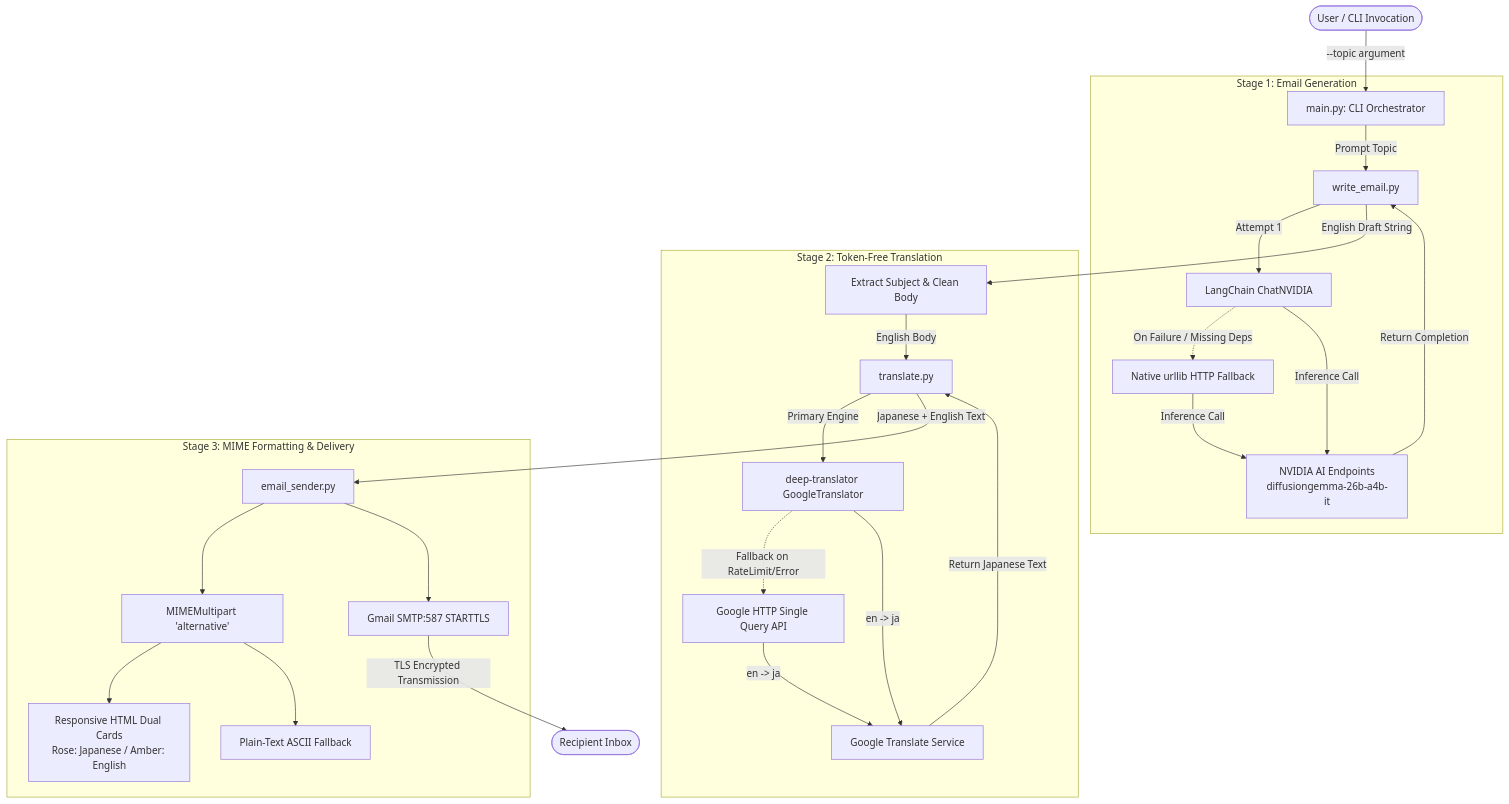
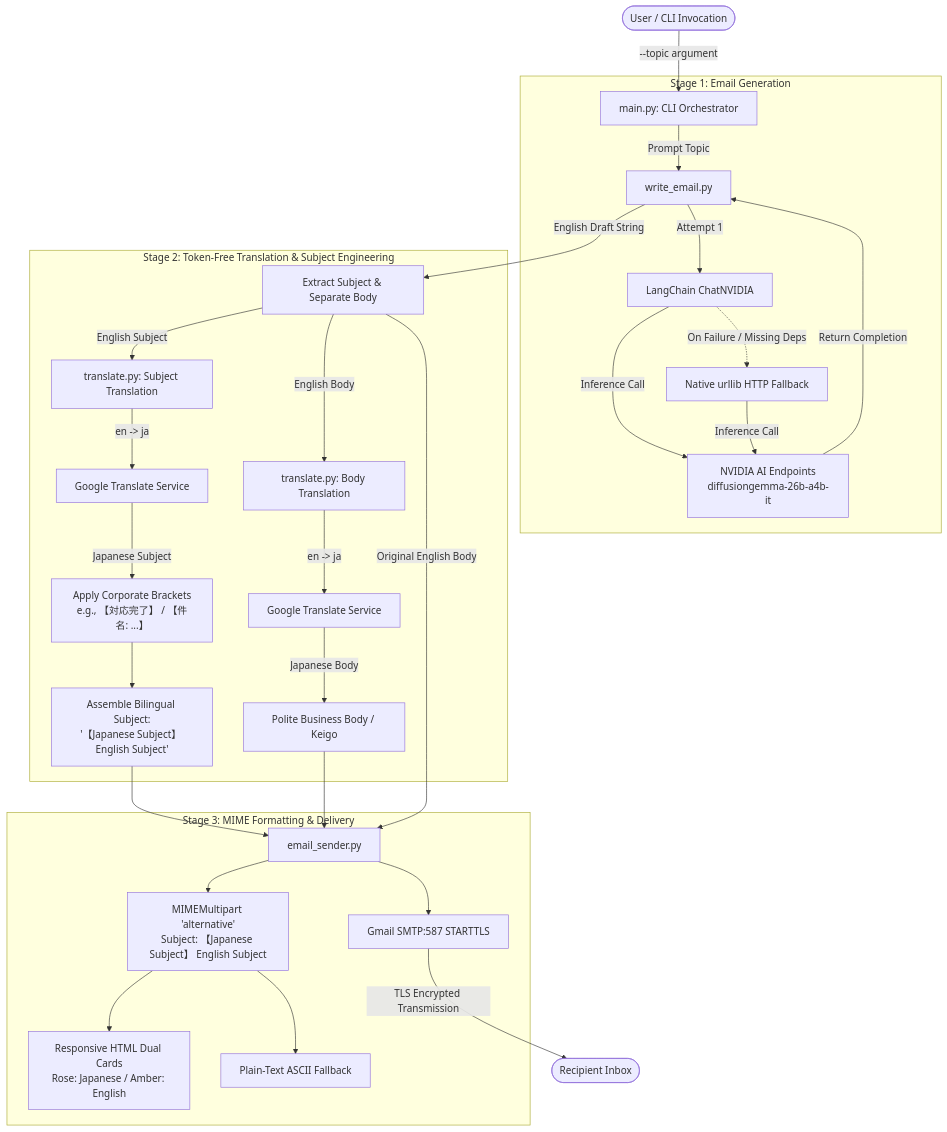
One commit to vkhere/college-minor-project-01 changed the diagram in WALKTHROUGH.md. Above: the diagram before and after it, drawn with Mermaid. The commit also changed other lines of this file and 4 other files, not shown here.

Commit message:
feat: add Japanese subject line translation (件名) and bilingual dispatch formatting

````diff
--- a/WALKTHROUGH.md
+++ b/WALKTHROUGH.md
@@ -76,34 +82,37 @@
 ```mermaid
 flowchart TD
     User([User / CLI Invocation]) -->|--topic argument| Main[main.py: CLI Orchestrator]
     
     subgraph Stage1 [Stage 1: Email Generation]
         Main -->|Prompt Topic| WE[write_email.py]
         WE -->|Attempt 1| LC[LangChain ChatNVIDIA]
         LC -.->|On Failure / Missing Deps| HTTP[Native urllib HTTP Fallback]
         LC -->|Inference Call| NV[NVIDIA AI Endpoints<br/>diffusiongemma-26b-a4b-it]
         HTTP -->|Inference Call| NV
         NV -->|Return Completion| WE
     end
 
-    WE -->|English Draft String| SubjCheck[Extract Subject & Clean Body]
+    WE -->|English Draft String| SubjSplit[Extract Subject & Separate Body]
     
-    subgraph Stage2 [Stage 2: Token-Free Translation]
-        SubjCheck -->|English Body| TR[translate.py]
-        TR -->|Primary Engine| DT[deep-translator GoogleTranslator]
-        DT -.->|Fallback on RateLimit/Error| GAPI[Google HTTP Single Query API]
-        DT -->|en -> ja| GT[Google Translate Service]
-        GAPI -->|en -> ja| GT
-        GT -->|Return Japanese Text| TR
+    subgraph Stage2 [Stage 2: Token-Free Translation & Subject Engineering]
+        SubjSplit -->|English Body| TRBody[translate.py: Body Translation]
+        SubjSplit -->|English Subject| TRSubj[translate.py: Subject Translation]
+        TRBody -->|en -> ja| GTBody[Google Translate Service]
+        TRSubj -->|en -> ja| GTSubj[Google Translate Service]
+        GTBody -->|Japanese Body| BodyReady[Polite Business Body / Keigo]
+        GTSubj -->|Japanese Subject| BracketFormat["Apply Corporate Brackets<br/>e.g., 【対応完了】 / 【件名: ...】"]
+        BracketFormat --> BiSubj["Assemble Bilingual Subject:<br/>'【Japanese Subject】 English Subject'"]
     end
 
     subgraph Stage3 [Stage 3: MIME Formatting & Delivery]
-        TR -->|Japanese + English Text| ES[email_sender.py]
-        ES --> MIME[MIMEMultipart 'alternative']
+        BiSubj --> ES[email_sender.py]
+        BodyReady --> ES
+        SubjSplit -->|Original English Body| ES
+        ES --> MIME[MIMEMultipart 'alternative'<br/>Subject: 【Japanese Subject】 English Subject]
         MIME --> HTML[Responsive HTML Dual Cards<br/>Rose: Japanese / Amber: English]
         MIME --> PLAIN[Plain-Text ASCII Fallback]
         ES --> SMTP[Gmail SMTP:587 STARTTLS]
     end
 
     SMTP -->|TLS Encrypted Transmission| Inbox([Recipient Inbox])
 ```
````
